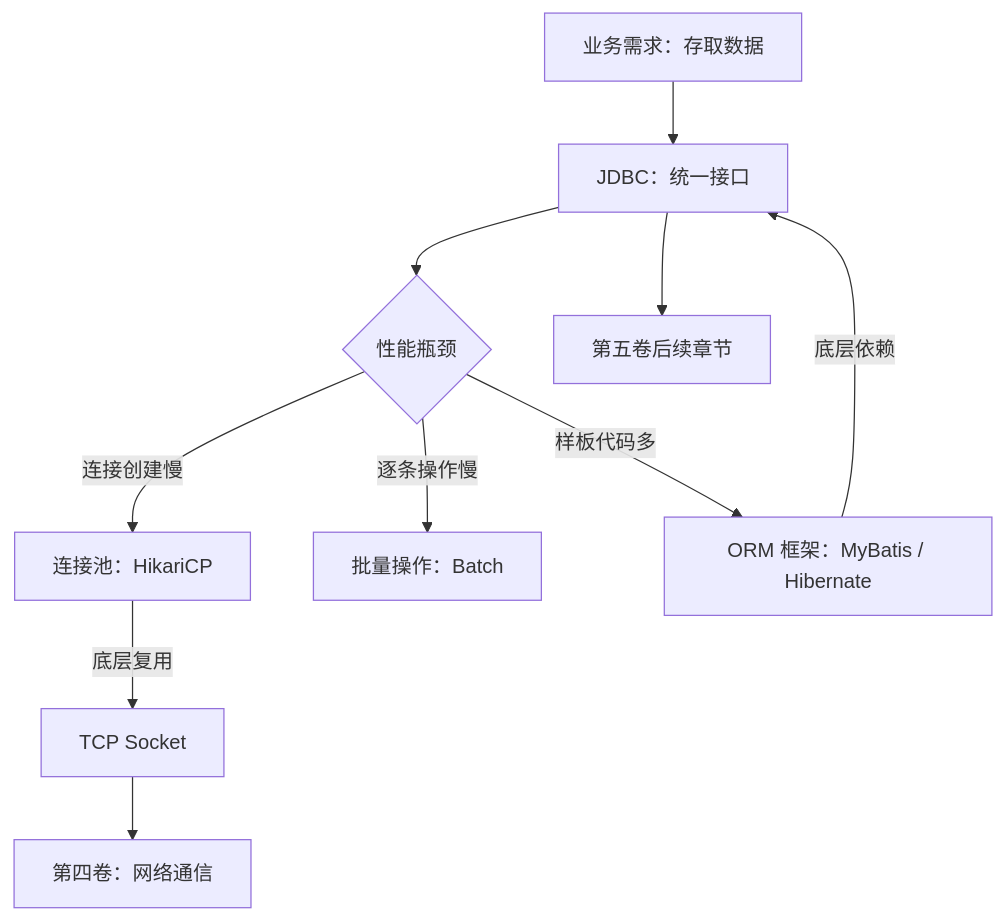
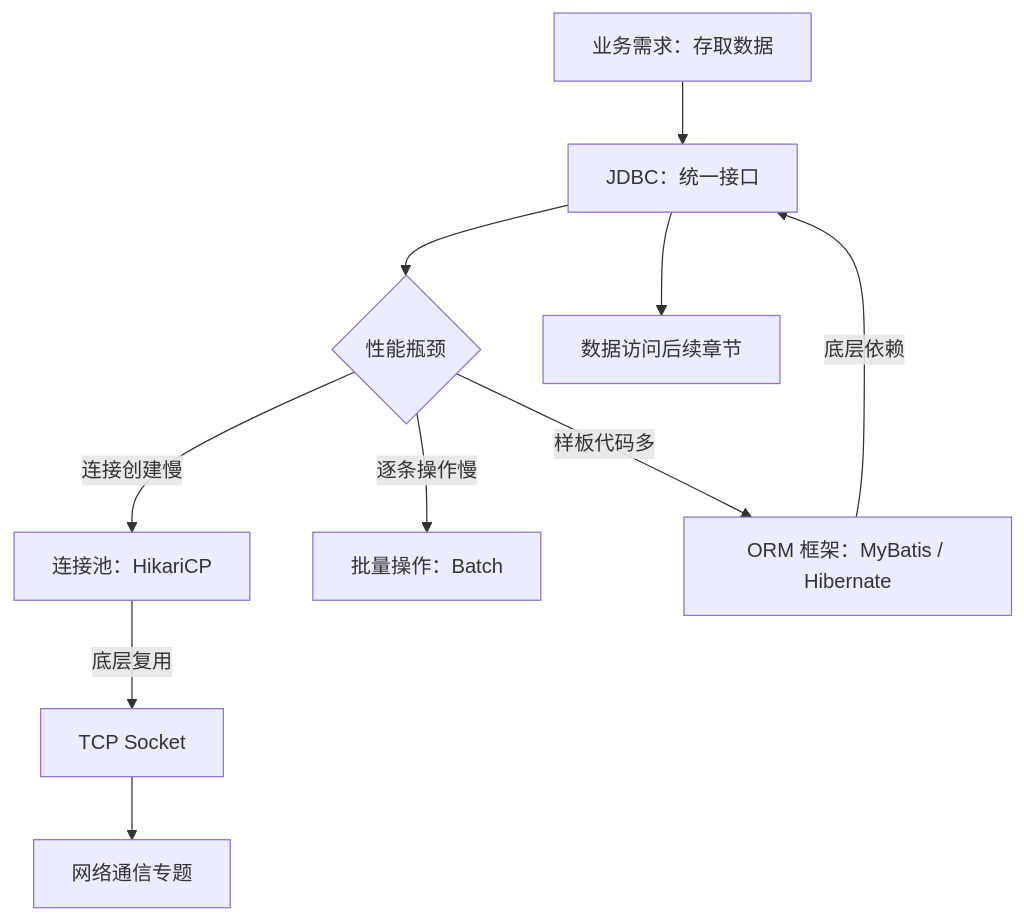
Before and after one commit to b1tzer/the-stack: the diagram in docs/java/05-java-data-access/chapter-03-jdbc-performance-pool.md, drawn with Mermaid. The commit also changed other lines of this file and 61 other files, not shown here.

````diff
--- a/docs/java/05-java-data-access/chapter-03-jdbc-performance-pool.md
+++ b/docs/java/05-java-data-access/chapter-03-jdbc-performance-pool.md
@@ -192,12 +194,12 @@
 ```mermaid
 graph TD
     A[业务需求：存取数据] --> B[JDBC：统一接口]
     B --> C{性能瓶颈}
     C -->|连接创建慢| D[连接池：HikariCP]
     C -->|逐条操作慢| E[批量操作：Batch]
     C -->|样板代码多| F[ORM 框架：MyBatis / Hibernate]
     F -->|底层依赖| B
     D -->|底层复用| G[TCP Socket]
-    G --> H[第四卷：网络通信]
-    B --> I[第五卷后续章节]
+    G --> H[网络通信专题]
+    B --> I[数据访问后续章节]
 ```
````
